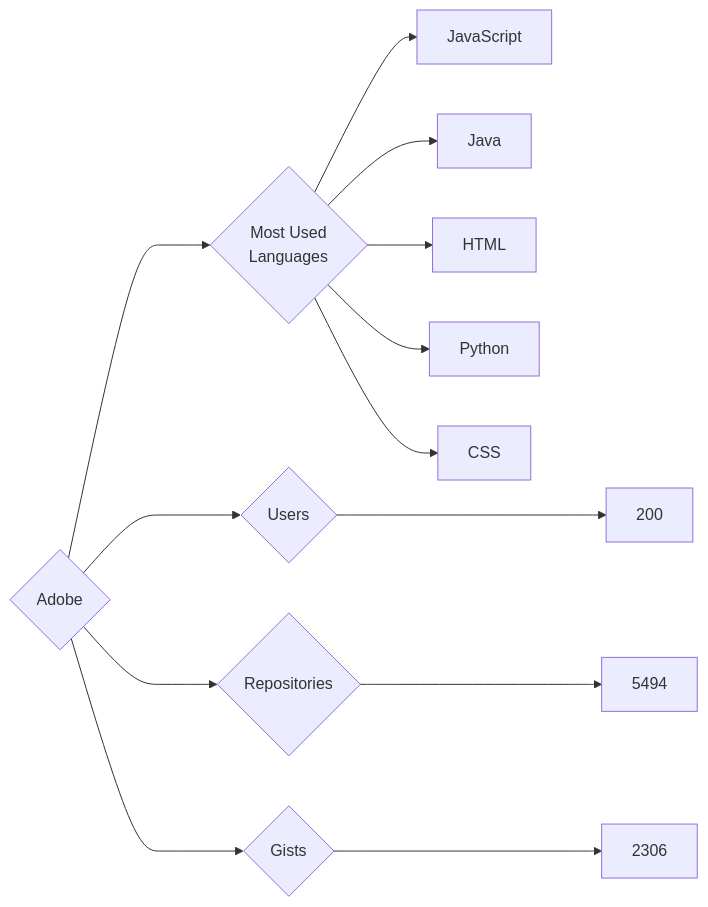
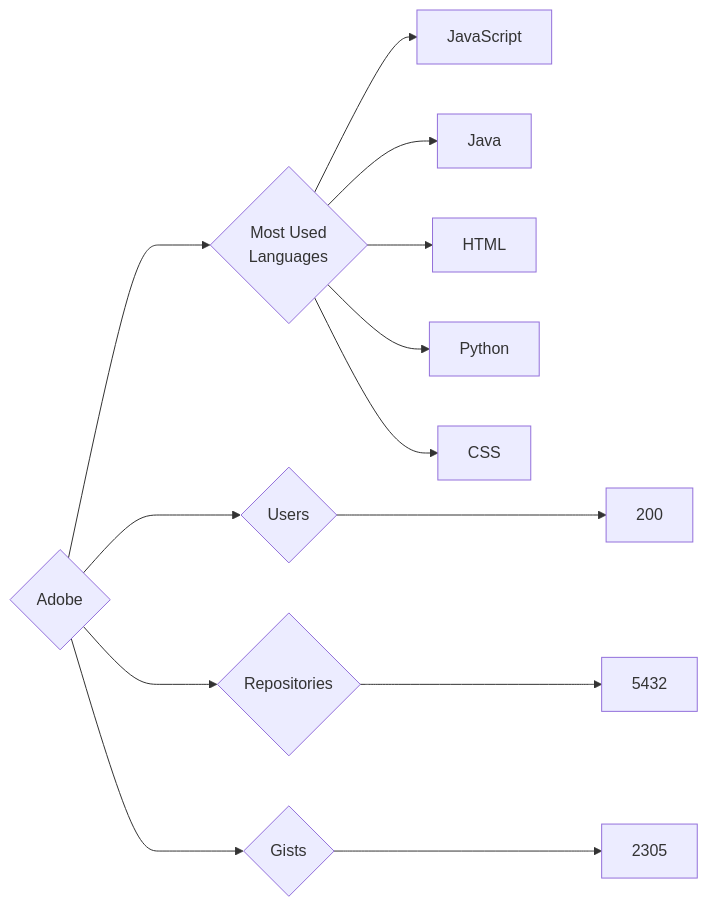
One commit to nenadzaric/insiders changed the diagram in targets/Adobe/README.md. Above: the diagram before and after it, drawn with Mermaid. The commit also changed 26 other files, not shown here.

````diff
--- a/targets/Adobe/README.md
+++ b/targets/Adobe/README.md
@@ -3,13 +3,13 @@
 ```mermaid
 graph LR
 COMPANY_NAME{Adobe}
 COMPANY_NAME ---> U{Users} ---> UN[200]
-COMPANY_NAME ---> R{Repositories} ---> RN[5494]
-COMPANY_NAME ---> G{Gists} ---> GN[2306]
+COMPANY_NAME ---> R{Repositories} ---> RN[5432]
+COMPANY_NAME ---> G{Gists} ---> GN[2305]
 COMPANY_NAME ---> ML{Most Used<br>Languages}
 ML --> JavaScript[JavaScript]
 ML --> Java[Java]
 ML --> HTML[HTML]
 ML --> Python[Python]
 ML --> CSS[CSS]
 ```
````
